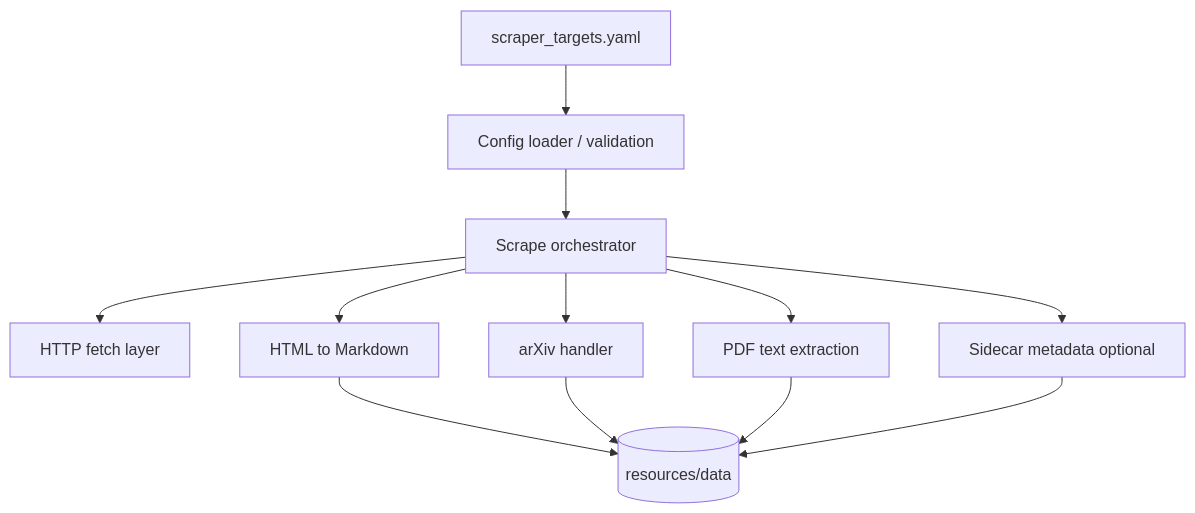
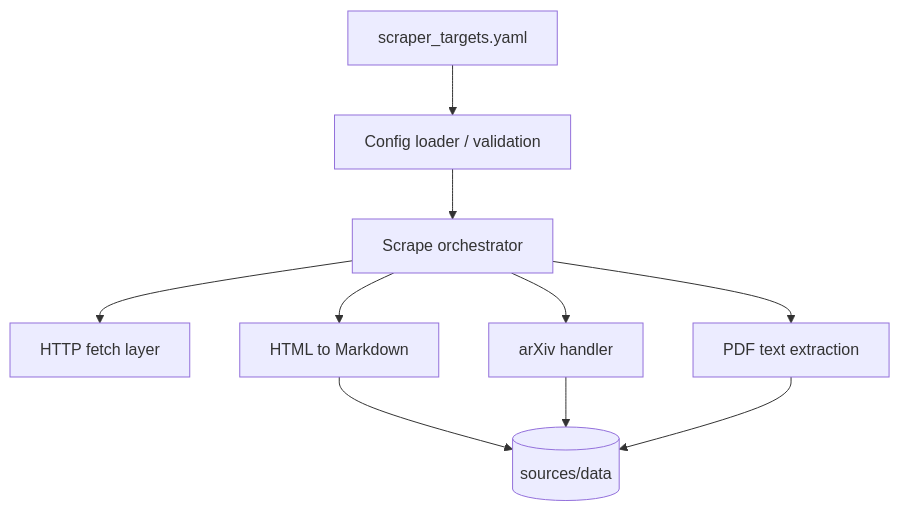
One commit to trummelbummel/promptymize changed the diagram in docs/ai/design/feature-prompt-method-scraper.md. Above: the diagram before and after it, drawn with Mermaid. The commit also changed other lines of this file and 72 other files, not shown here.

````diff
--- a/docs/ai/design/feature-prompt-method-scraper.md
+++ b/docs/ai/design/feature-prompt-method-scraper.md
@@ -13,14 +13,12 @@
 ```mermaid
 graph TD
   YAML[scraper_targets.yaml] --> Config[Config loader / validation]
   Config --> Orchestrator[Scrape orchestrator]
   Orchestrator --> Fetch[HTTP fetch layer]
   Orchestrator --> HTML[HTML to Markdown]
   Orchestrator --> Arxiv[arXiv handler]
   Orchestrator --> PDF[PDF text extraction]
-  HTML --> Storage[(resources/data)]
+  HTML --> Storage[(sources/data)]
   Arxiv --> Storage
   PDF --> Storage
-  Orchestrator --> Meta[Sidecar metadata optional]
-  Meta --> Storage
 ```
````
